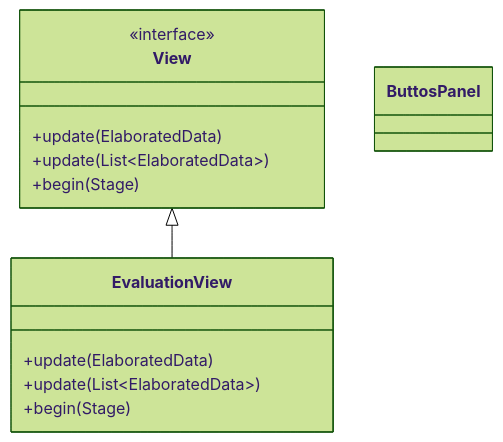
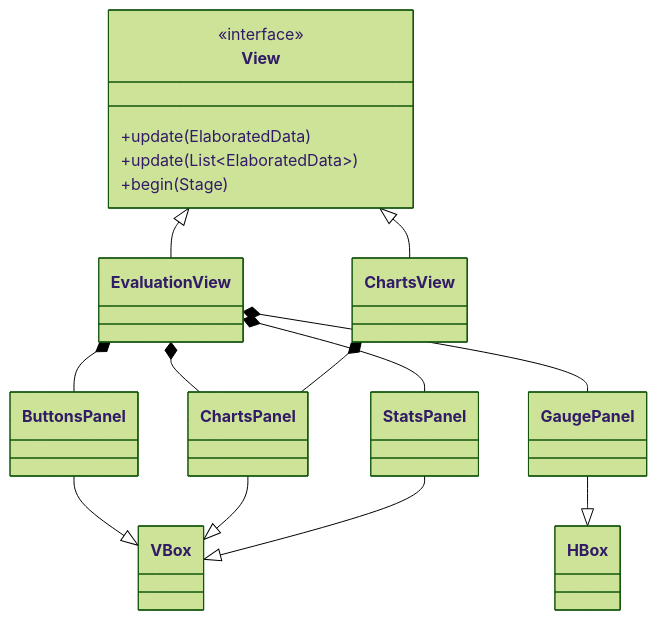
One commit to unibo-oop-projects/OOP24-Alessandro-CristoferNapolitano-SolarEgg-TodeschiMatteo-java-dyno changed the eighth of 10 diagrams in report.md. Above: the diagram before and after it, drawn with Mermaid (forest theme). The commit also changed other lines of this file, not shown here.

Commit message:
Completed third section of 2.2.2 in report

````diff
--- a/report.md
+++ b/report.md
@@ -443,19 +443,33 @@
 ```mermaid
 classDiagram
     class View {
         <<interface>>
         +update(ElaboratedData)
         +update(List~ElaboratedData~)
         +begin(Stage)
     }
-
     class EvaluationView {
-        +update(ElaboratedData)
-        +update(List~ElaboratedData~)
-        +begin(Stage)
+    }
+    class ChartsView {
+    }
+    class ButtonsPanel {
+    }
+    class GaugePanel {
+    }
+    class StatsPanel {
+    }
+    class ChartsPanel {
     }
 
-    class ButtosPanel
-
+    ButtonsPanel --|> VBox
+    ChartsPanel --|> VBox
+    StatsPanel --|> VBox
+    GaugePanel --|> HBox
     View <|-- EvaluationView
+    View <|-- ChartsView
+    EvaluationView *-- ButtonsPanel
+    EvaluationView *-- ChartsPanel
+    EvaluationView *-- GaugePanel
+    EvaluationView *-- StatsPanel
+    ChartsView *-- ChartsPanel
 ```
````
